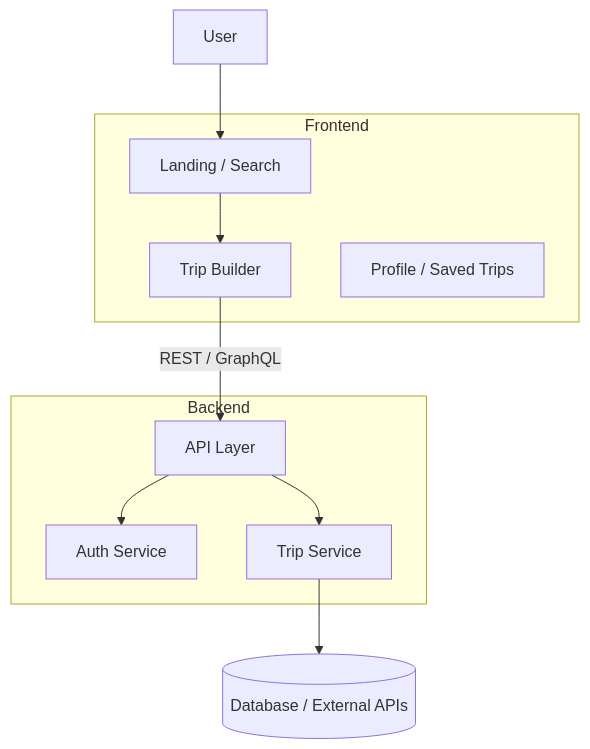
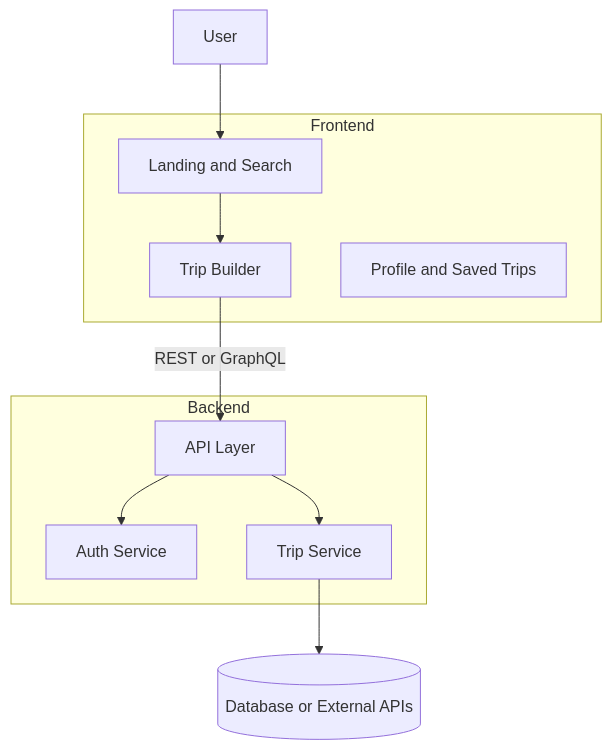
One commit to Yugenjr/OdooxKAHE changed the first of 2 diagrams in README.md. Above: the diagram before and after it, drawn with Mermaid. The commit also changed other lines of this file and 8 other files, not shown here.

````diff
--- a/README.md
+++ b/README.md
@@ -21,21 +35,21 @@
 ```mermaid
 flowchart TD
   subgraph Frontend
-    F1[Landing / Search]
+    F1[Landing and Search]
     F2[Trip Builder]
-    F3[Profile / Saved Trips]
+    F3[Profile and Saved Trips]
   end
 
   subgraph Backend
     B1[API Layer]
     B2[Auth Service]
     B3[Trip Service]
   end
 
   User --> F1
   F1 --> F2
-  F2 -->|REST / GraphQL| B1
+  F2 -->|REST or GraphQL| B1
   B1 --> B2
   B1 --> B3
-  B3 --> DB[(Database / External APIs)]
+  B3 --> DB[(Database or External APIs)]
 ```
````
